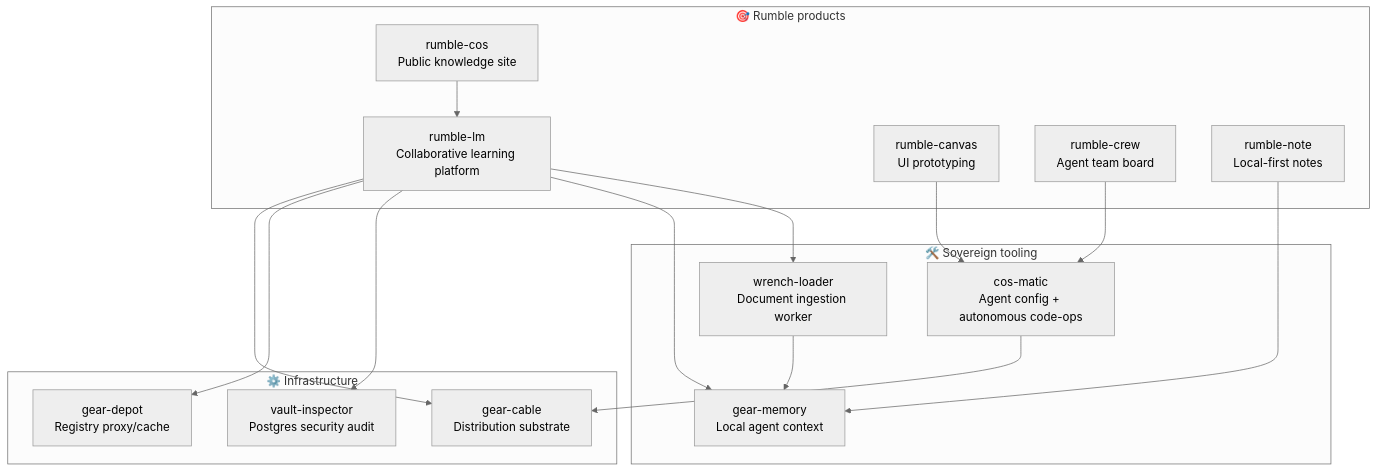
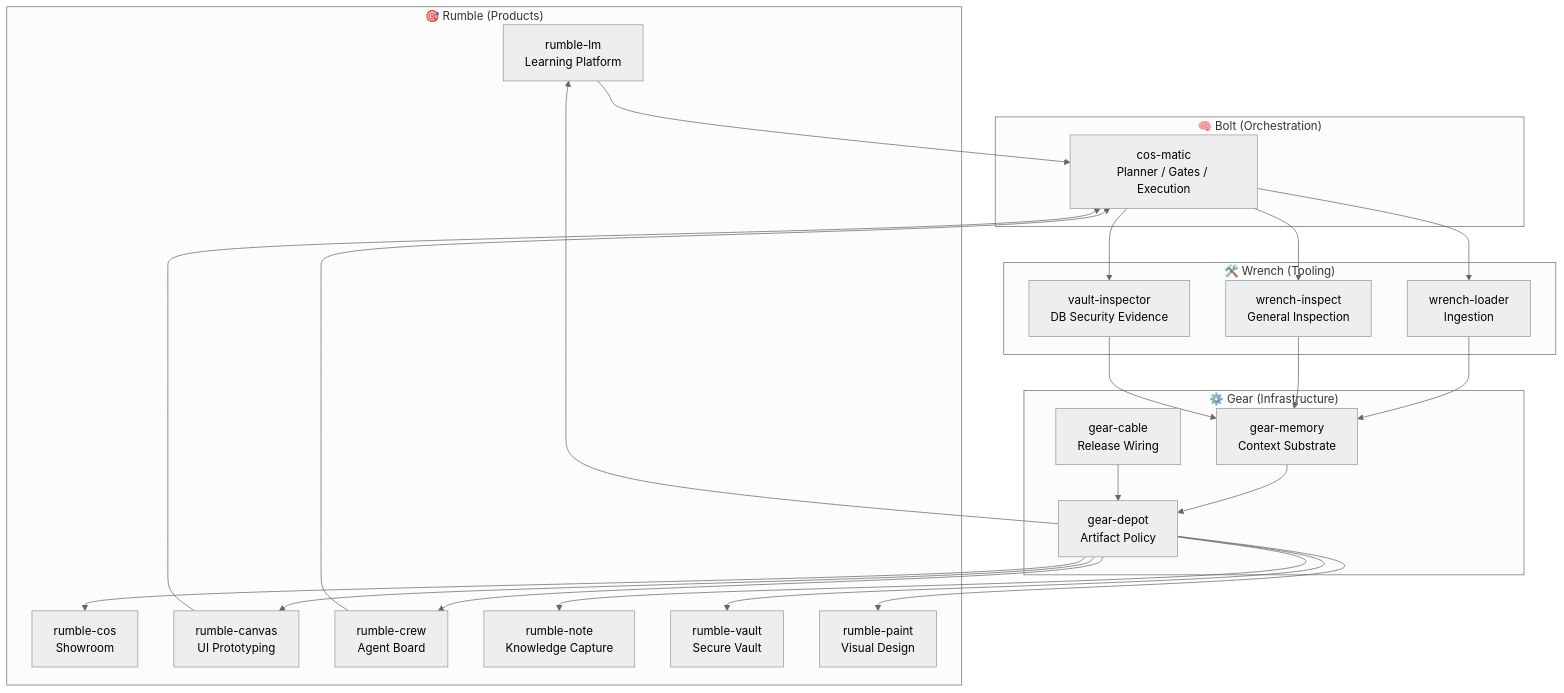
Before and after one commit to constantin-jais/constantin-jais: the diagram in README.md, drawn with Mermaid (neutral theme). The commit also changed other lines of this file, not shown here.

Commit message:
docs: clarify ecosystem boundaries

````diff
--- a/README.md
+++ b/README.md
@@ -45,31 +64,47 @@
 ```mermaid
-graph TB
-    subgraph products["🎯 Rumble products"]
-        RL["rumble-lm<br/>Collaborative learning platform"]
-        RC["rumble-cos<br/>Public knowledge site"]
-        RCanvas["rumble-canvas<br/>UI prototyping"]
-        RCrew["rumble-crew<br/>Agent team board"]
-        RNote["rumble-note<br/>Local-first notes"]
+graph TD
+    subgraph Rumble_Layer ["🎯 Rumble (Products)"]
+        RL["rumble-lm<br/>Learning Platform"]
+        RC["rumble-cos<br/>Showroom"]
+        RCanvas["rumble-canvas<br/>UI Prototyping"]
+        RCrew["rumble-crew<br/>Agent Board"]
+        RNote["rumble-note<br/>Knowledge Capture"]
+        RVault["rumble-vault<br/>Secure Vault"]
+        RPaint["rumble-paint<br/>Visual Design"]
     end
-    subgraph tools["🛠️ Sovereign tooling"]
-        CM["cos-matic<br/>Agent config + autonomous code-ops"]
-        WL["wrench-loader<br/>Document ingestion worker"]
-        GM["gear-memory<br/>Local agent context"]
+
+    subgraph Bolt_Layer ["🧠 Bolt (Orchestration)"]
+        CM["cos-matic<br/>Planner / Gates / Execution"]
     end
-    subgraph infra["⚙️ Infrastructure"]
-        GC["gear-cable<br/>Distribution substrate"]
-        GD["gear-depot<br/>Registry proxy/cache"]
-        VI["vault-inspector<br/>Postgres security audit"]
+
+    subgraph Wrench_Layer ["🛠️ Wrench (Tooling)"]
+        WL["wrench-loader<br/>Ingestion"]
+        WI["wrench-inspect<br/>General Inspection"]
+        VI["vault-inspector<br/>DB Security Evidence"]
     end
-    RL --> WL
-    RL --> GM
-    RL --> VI
-    RL --> GD
-    RL --> GC
-    RC --> RL
+
+    subgraph Gear_Layer ["⚙️ Gear (Infrastructure)"]
+        GM["gear-memory<br/>Context Substrate"]
+        GD["gear-depot<br/>Artifact Policy"]
+        GC["gear-cable<br/>Release Wiring"]
+    end
+
     RCanvas --> CM
     RCrew --> CM
-    RNote --> GM
-    CM --> GC
+    RL --> CM
+    CM --> WL
+    CM --> WI
+    CM --> VI
     WL --> GM
+    WI --> GM
+    VI --> GM
+    GM --> GD
+    GC --> GD
+    GD --> RL
+    GD --> RC
+    GD --> RCanvas
+    GD --> RCrew
+    GD --> RNote
+    GD --> RVault
+    GD --> RPaint
 ```
````
